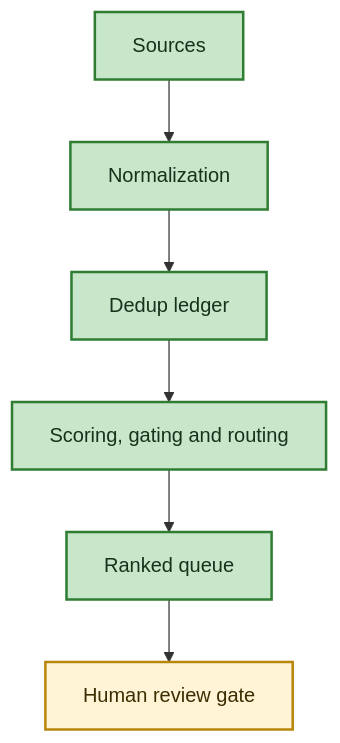
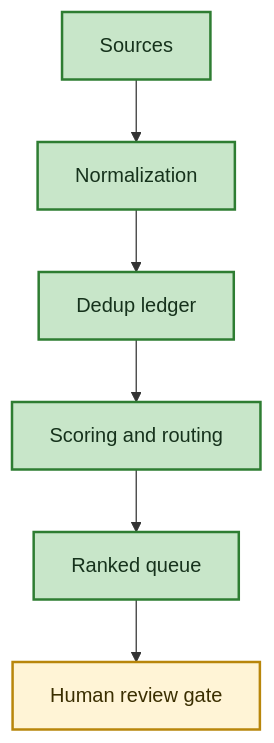
The diagram in README.md (ruhinpatel/job-discovery-pipeline), drawn with Mermaid before and after one commit.

Commit message:
readme: revert diagram node D to plain label (quoted-comma label broke mermaid render)

````diff
--- a/README.md
+++ b/README.md
@@ -9,13 +9,13 @@
 ```mermaid
 flowchart TD
     A[Sources] --> B[Normalization]
     B --> C[Dedup ledger]
-    C --> D["Scoring, gating and routing"]
+    C --> D[Scoring and routing]
     D --> E[Ranked queue]
     E --> F[Human review gate]
 
     classDef done fill:#c8e6c9,stroke:#2e7d32,stroke-width:2px,color:#16321c;
     classDef human fill:#fff4d6,stroke:#b8860b,stroke-width:2px,color:#3a2e00;
     class A,B,C,D,E done;
     class F human;
 ```
````
